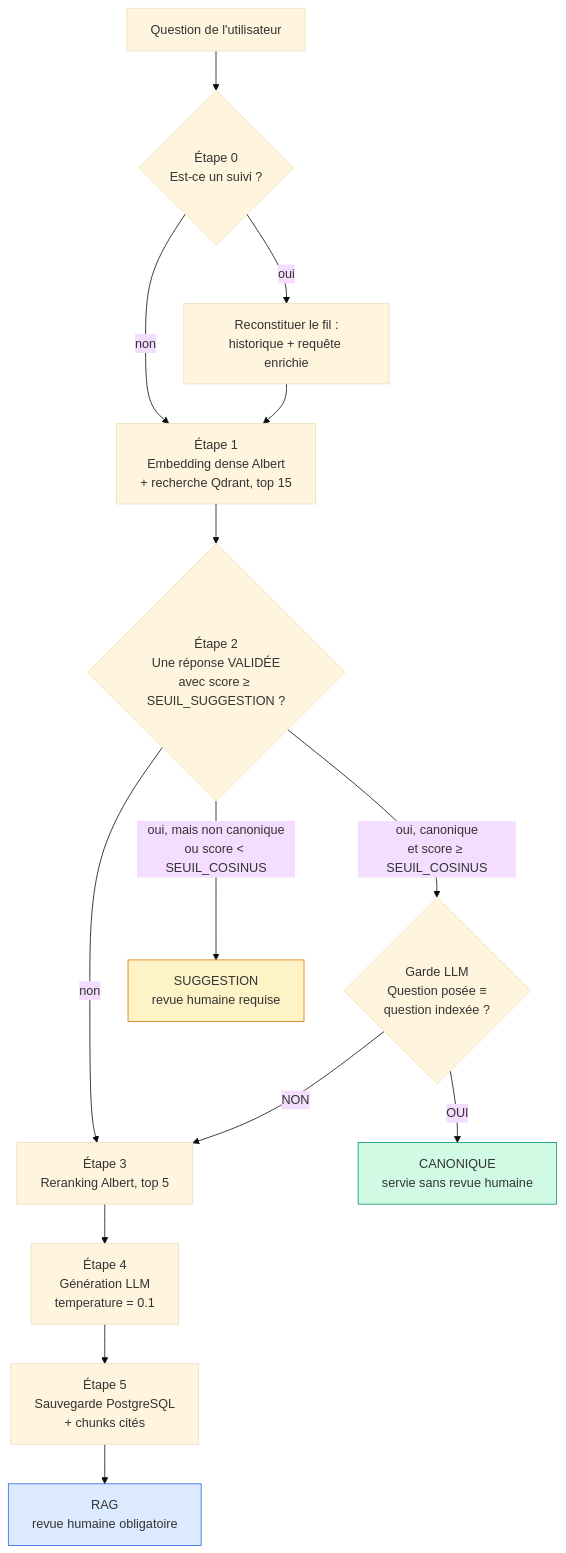
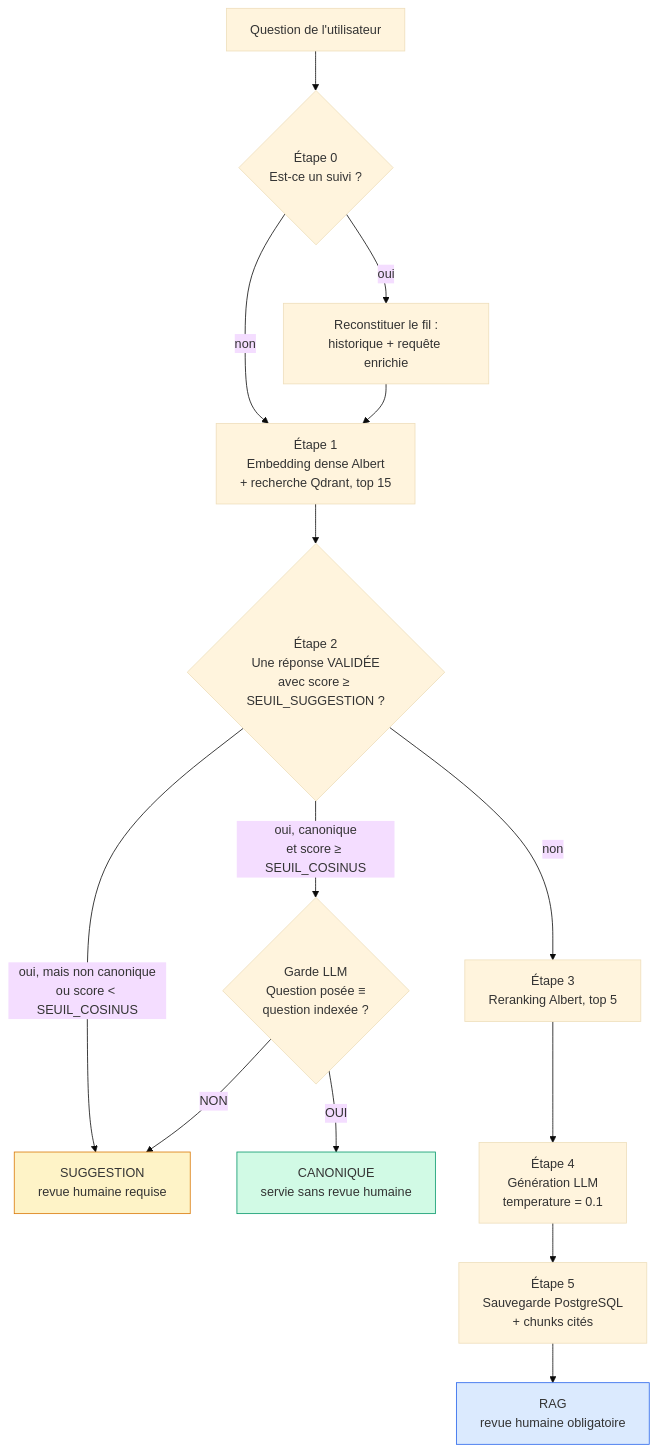
The diagram in Docs/technique/architecture-pipeline-questions.md (ThomasHWD/TicketAI), drawn with Mermaid (base theme) before and after one commit. The commit also changed other lines of this file and 27 other files, not shown here.

````diff
--- a/Docs/technique/architecture-pipeline-questions.md
+++ b/Docs/technique/architecture-pipeline-questions.md
@@ -18,24 +18,25 @@
 ```mermaid
 flowchart TD
     A[Question de l'utilisateur] --> B{Étape 0<br/>Est-ce un suivi ?}
     B -->|oui| B2[Reconstituer le fil :<br/>historique + requête enrichie]
     B -->|non| C
     B2 --> C[Étape 1<br/>Embedding dense Albert<br/>+ recherche Qdrant, top 15]
 
     C --> D{Étape 2<br/>Une réponse VALIDÉE<br/>avec score ≥ SEUIL_SUGGESTION ?}
 
     D -->|oui, canonique<br/>et score ≥ SEUIL_COSINUS| E{Garde LLM<br/>Question posée ≡<br/>question indexée ?}
     D -->|oui, mais non canonique<br/>ou score < SEUIL_COSINUS| F[SUGGESTION<br/>revue humaine requise]
     D -->|non| G
 
     E -->|OUI| H[CANONIQUE<br/>servie sans revue humaine]
-    E -->|NON| G[Étape 3<br/>Reranking Albert, top 5]
+    E -->|NON| F
 
+    G[Étape 3<br/>Reranking Albert, top 5]
     G --> I[Étape 4<br/>Génération LLM<br/>temperature = 0.1]
     I --> J[Étape 5<br/>Sauvegarde PostgreSQL<br/>+ chunks cités]
     J --> K[RAG<br/>revue humaine obligatoire]
 
     style H fill:#d1fae5,stroke:#059669
     style F fill:#fef3c7,stroke:#d97706
     style K fill:#dbeafe,stroke:#2563eb
 ```
````
